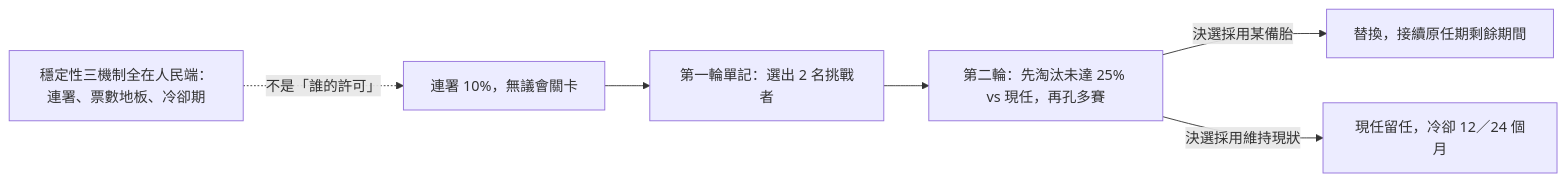
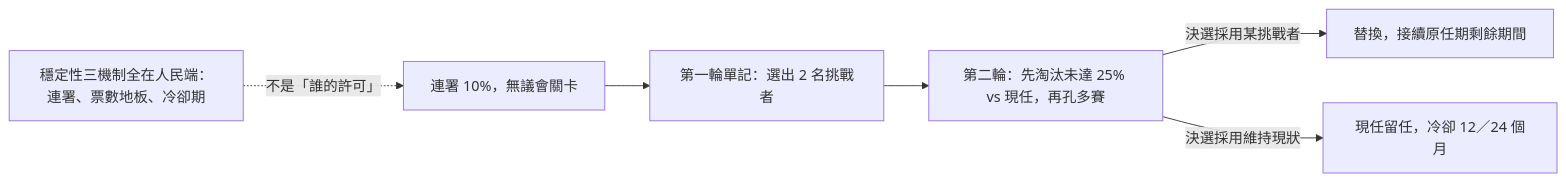
The tenth of 10 diagrams in topics/regime-designs/designs/台灣/一院總統制/憲政架構圖.md (IRonROOT578/Political-Economy-Research-Public), drawn with Mermaid before and after one commit. The commit also changed other lines of this file and 241 other files, not shown here.

````diff
--- a/topics/regime-designs/designs/台灣/一院總統制/憲政架構圖.md
+++ b/topics/regime-designs/designs/台灣/一院總統制/憲政架構圖.md
@@ -144,9 +146,9 @@
 ```mermaid
 flowchart LR
   Sign[連署 10%，無議會關卡] --> R1[第一輪單記：選出 2 名挑戰者]
   R1 --> R2[第二輪：先淘汰未達 25% vs 現任，再孔多賽]
-  R2 -->|決選採用某備胎| Change[替換，接續原任期剩餘期間]
+  R2 -->|決選採用某挑戰者| Change[替換，接續原任期剩餘期間]
   R2 -->|決選採用維持現狀| Stay[現任留任，冷卻 12／24 個月]
   Stable[穩定性三機制全在人民端：連署、票數地板、冷卻期]
   Stable -.->|不是「誰的許可」| Sign
 ```
````
